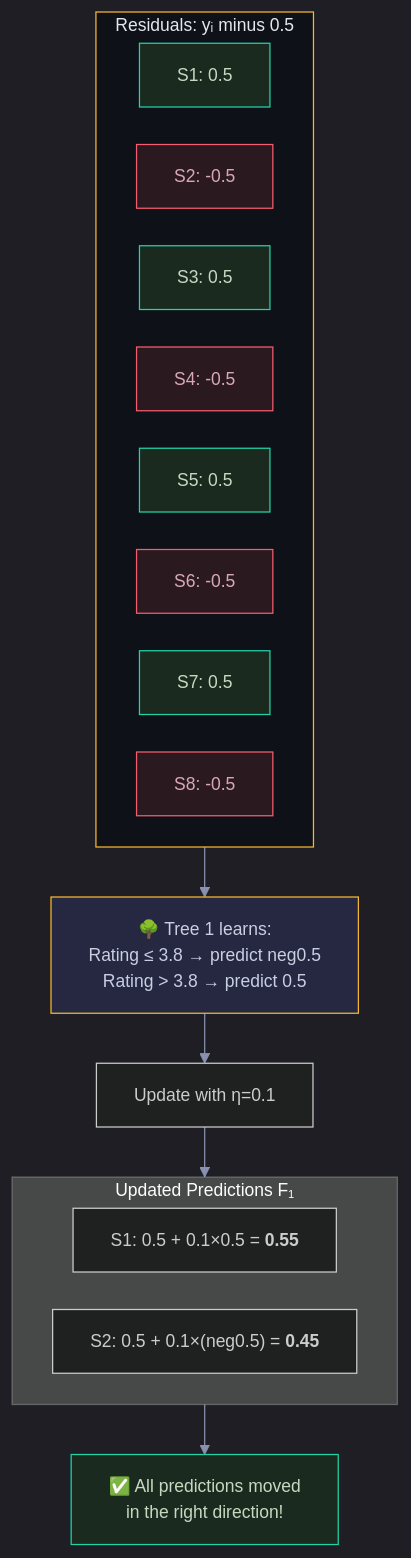
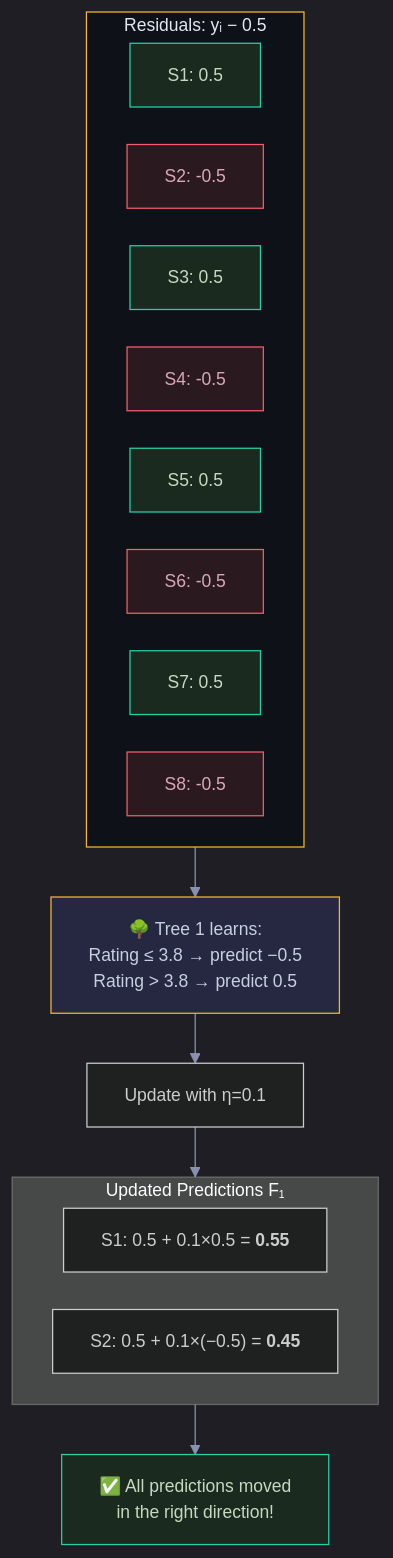
Diagram 20 of 28 in Documents/Visual_Guides/ML_Concepts/Bagging_and_Boosting_Visual.md (snehith1234/StudyCircle), drawn with Mermaid before and after one commit. The commit also changed other lines of this file and 7 other files, not shown here.

Commit message:
Fix minus/neg in Mermaid: use proper − symbol instead of words

````diff
--- a/Documents/Visual_Guides/ML_Concepts/Bagging_and_Boosting_Visual.md
+++ b/Documents/Visual_Guides/ML_Concepts/Bagging_and_Boosting_Visual.md
@@ -615,38 +615,38 @@
 ```mermaid
 %%{init: {'theme': 'dark', 'themeVariables': {'darkMode': true, 'background': '#0e1117', 'primaryColor': '#1a1d2e', 'primaryTextColor': '#e2e8f0', 'primaryBorderColor': '#2d3148', 'lineColor': '#8892b0', 'secondaryColor': '#252840', 'tertiaryColor': '#1a1d2e', 'fontSize': '14px', 'edgeLabelBackground': '#0e1117'}, 'flowchart': {'nodeSpacing': 30, 'rankSpacing': 40, 'padding': 15, 'htmlLabels': true}}}%%
 graph TD
-    subgraph RESIDUALS["Residuals: yᵢ minus 0.5"]
+    subgraph RESIDUALS["Residuals: yᵢ − 0.5"]
         RS1["S1: 0.5"]
         RS2["S2: -0.5"]
         RS3["S3: 0.5"]
         RS4["S4: -0.5"]
         RS5["S5: 0.5"]
         RS6["S6: -0.5"]
         RS7["S7: 0.5"]
         RS8["S8: -0.5"]
     end
 
-    RESIDUALS --> TREE["🌳 Tree 1 learns:<br/>Rating ≤ 3.8 → predict neg0.5<br/>Rating > 3.8 → predict 0.5"]
+    RESIDUALS --> TREE["🌳 Tree 1 learns:<br/>Rating ≤ 3.8 → predict −0.5<br/>Rating > 3.8 → predict 0.5"]
 
     TREE --> UPD["Update with η=0.1"]
 
     subgraph UPDATED["Updated Predictions F₁"]
         US1["S1: 0.5 + 0.1×0.5 = <b>0.55</b>"]
-        US2["S2: 0.5 + 0.1×(neg0.5) = <b>0.45</b>"]
+        US2["S2: 0.5 + 0.1×(−0.5) = <b>0.45</b>"]
     end
 
     UPD --> UPDATED
     UPDATED --> CHECK["✅ All predictions moved<br/>in the right direction!"]
 
     style RESIDUALS fill:#0e1117,stroke:#f5b731,color:#e2e8f0
     style RS1 fill:#1a2a1f,stroke:#22d3a7,color:#c8d8c0
     style RS2 fill:#2a1a1f,stroke:#f45d6d,color:#d8a8b8
     style RS3 fill:#1a2a1f,stroke:#22d3a7,color:#c8d8c0
     style RS4 fill:#2a1a1f,stroke:#f45d6d,color:#d8a8b8
     style RS5 fill:#1a2a1f,stroke:#22d3a7,color:#c8d8c0
     style RS6 fill:#2a1a1f,stroke:#f45d6d,color:#d8a8b8
     style RS7 fill:#1a2a1f,stroke:#22d3a7,color:#c8d8c0
     style RS8 fill:#2a1a1f,stroke:#f45d6d,color:#d8a8b8
     style TREE fill:#252840,stroke:#f5b731,color:#c8cfe0
     style CHECK fill:#1a2a1f,stroke:#22d3a7,color:#c8d8c0
 ```
````
